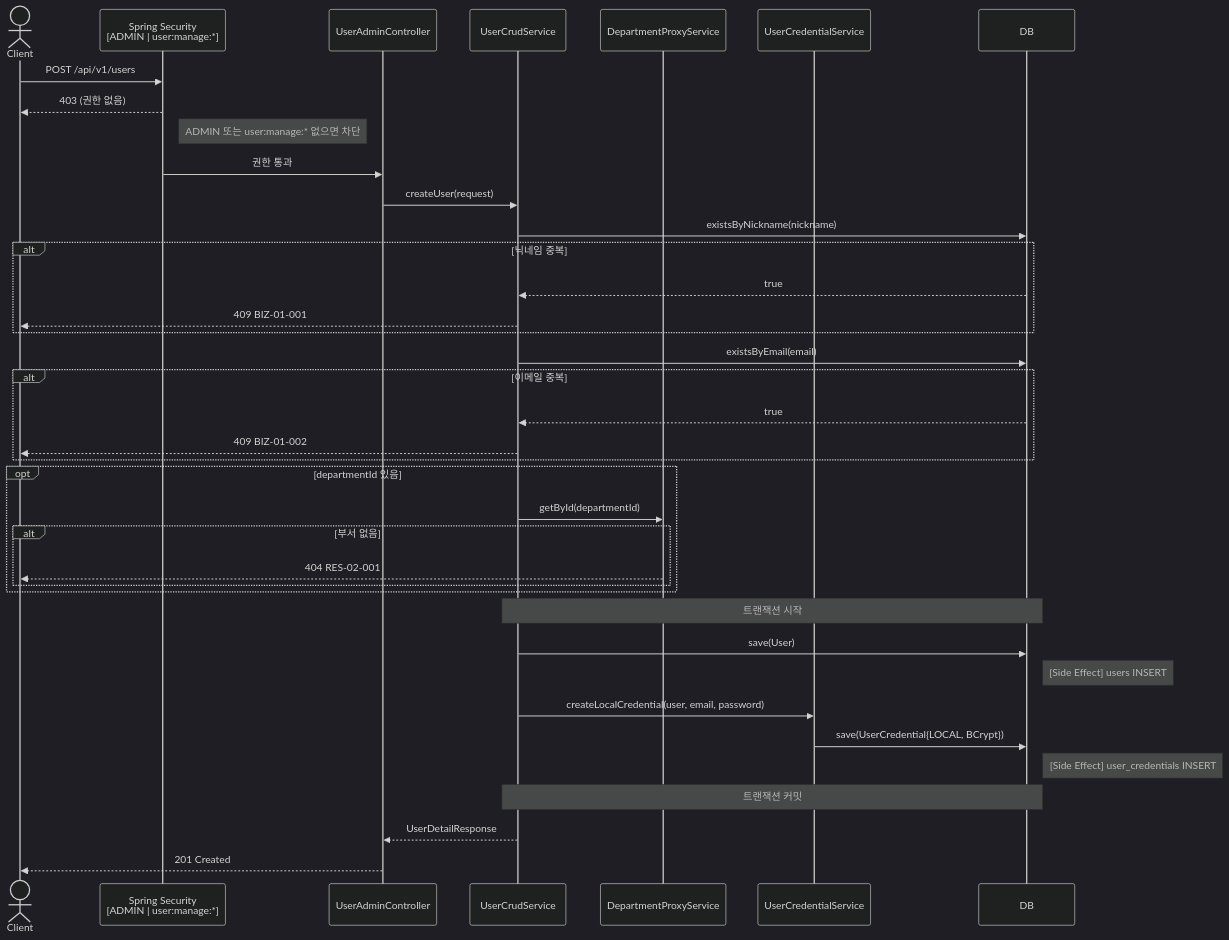
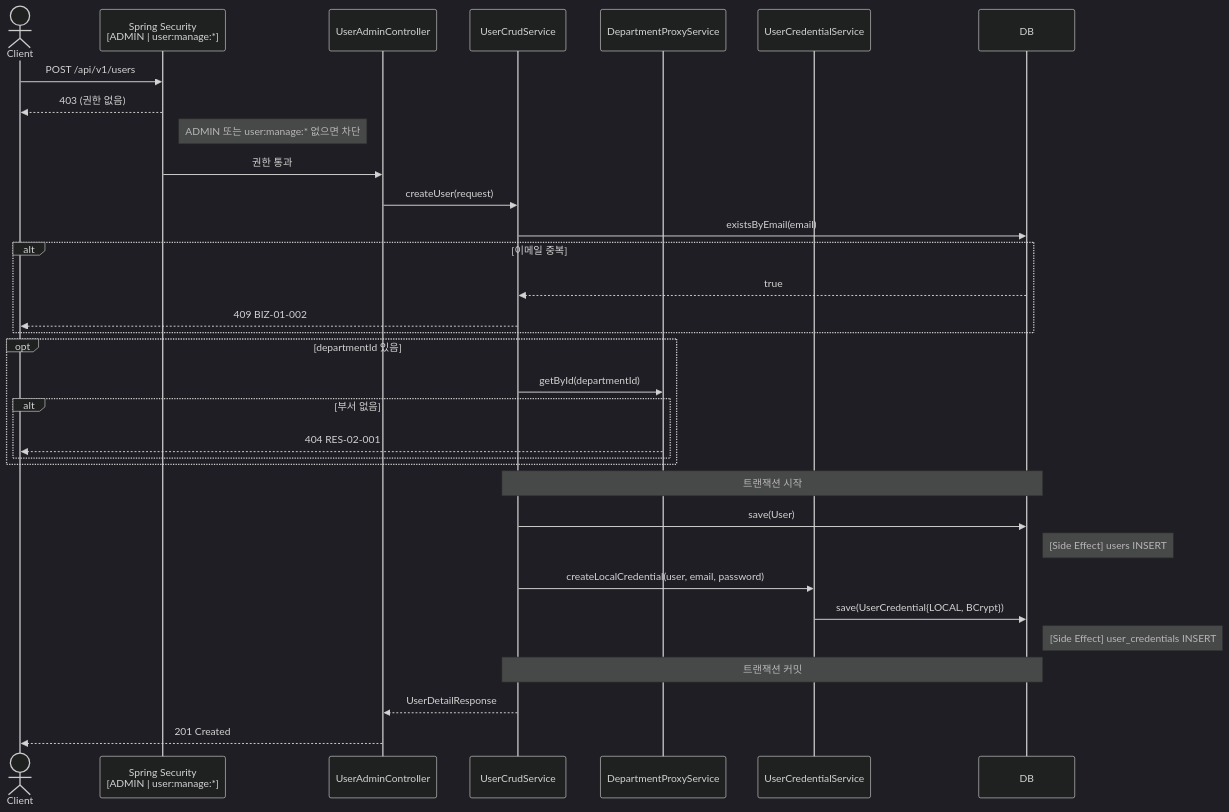
One commit to Geumjeongyahak/Backend changed the third of 10 diagrams in docs/Domain/User/README.md. Above: the diagram before and after it, drawn with Mermaid (dark theme). The commit also changed other lines of this file and 68 other files, not shown here.

````diff
--- a/docs/Domain/User/README.md
+++ b/docs/Domain/User/README.md
@@ -162,47 +159,41 @@
 ```mermaid
 sequenceDiagram
     actor Client
     participant Security as Spring Security<br/>[ADMIN | user:manage:*]
     participant Controller as UserAdminController
     participant Service as UserCrudService
     participant DeptProxy as DepartmentProxyService
     participant CredSvc as UserCredentialService
     participant DB as DB
 
     Client->>Security: POST /api/v1/users
     Security-->>Client: 403 (권한 없음)
     note right of Security: ADMIN 또는 user:manage:* 없으면 차단
 
     Security->>Controller: 권한 통과
     Controller->>Service: createUser(request)
-
-    Service->>DB: existsByNickname(nickname)
-    alt 닉네임 중복
-        DB-->>Service: true
-        Service-->>Client: 409 BIZ-01-001
-    end
 
     Service->>DB: existsByEmail(email)
     alt 이메일 중복
         DB-->>Service: true
         Service-->>Client: 409 BIZ-01-002
     end
 
     opt departmentId 있음
         Service->>DeptProxy: getById(departmentId)
         alt 부서 없음
             DeptProxy-->>Client: 404 RES-02-001
         end
     end
 
     note over Service,DB: 트랜잭션 시작
     Service->>DB: save(User)
     note right of DB: [Side Effect] users INSERT
     Service->>CredSvc: createLocalCredential(user, email, password)
     CredSvc->>DB: save(UserCredential{LOCAL, BCrypt})
     note right of DB: [Side Effect] user_credentials INSERT
     note over Service,DB: 트랜잭션 커밋
 
     Service-->>Controller: UserDetailResponse
     Controller-->>Client: 201 Created
 ```
````
